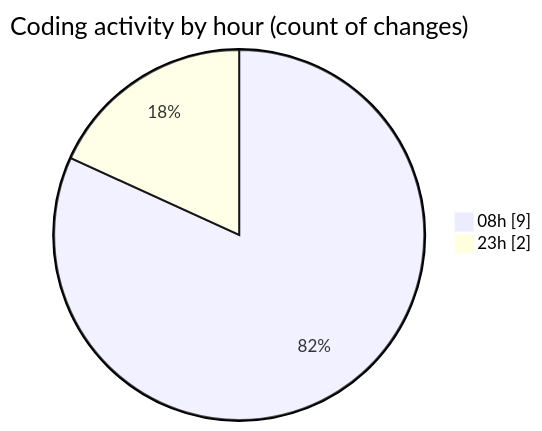
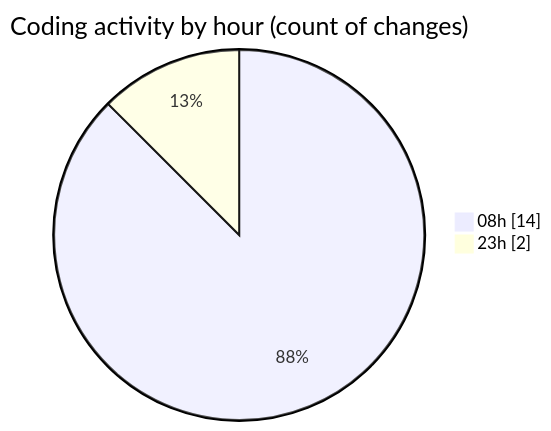
Before and after one commit to Elitesun/code-tracking: the second of 2 diagrams in 2025-05-05/niten/README.md, drawn with Mermaid. The commit also changed other lines of this file and 1 other file, not shown here.

````diff
--- a/2025-05-05/niten/README.md
+++ b/2025-05-05/niten/README.md
@@ -35,6 +39,6 @@
 ```mermaid
 pie showData
 title Coding activity by hour (count of changes)
-"08h" : 9
+"08h" : 14
 "23h" : 2
 ```
````
